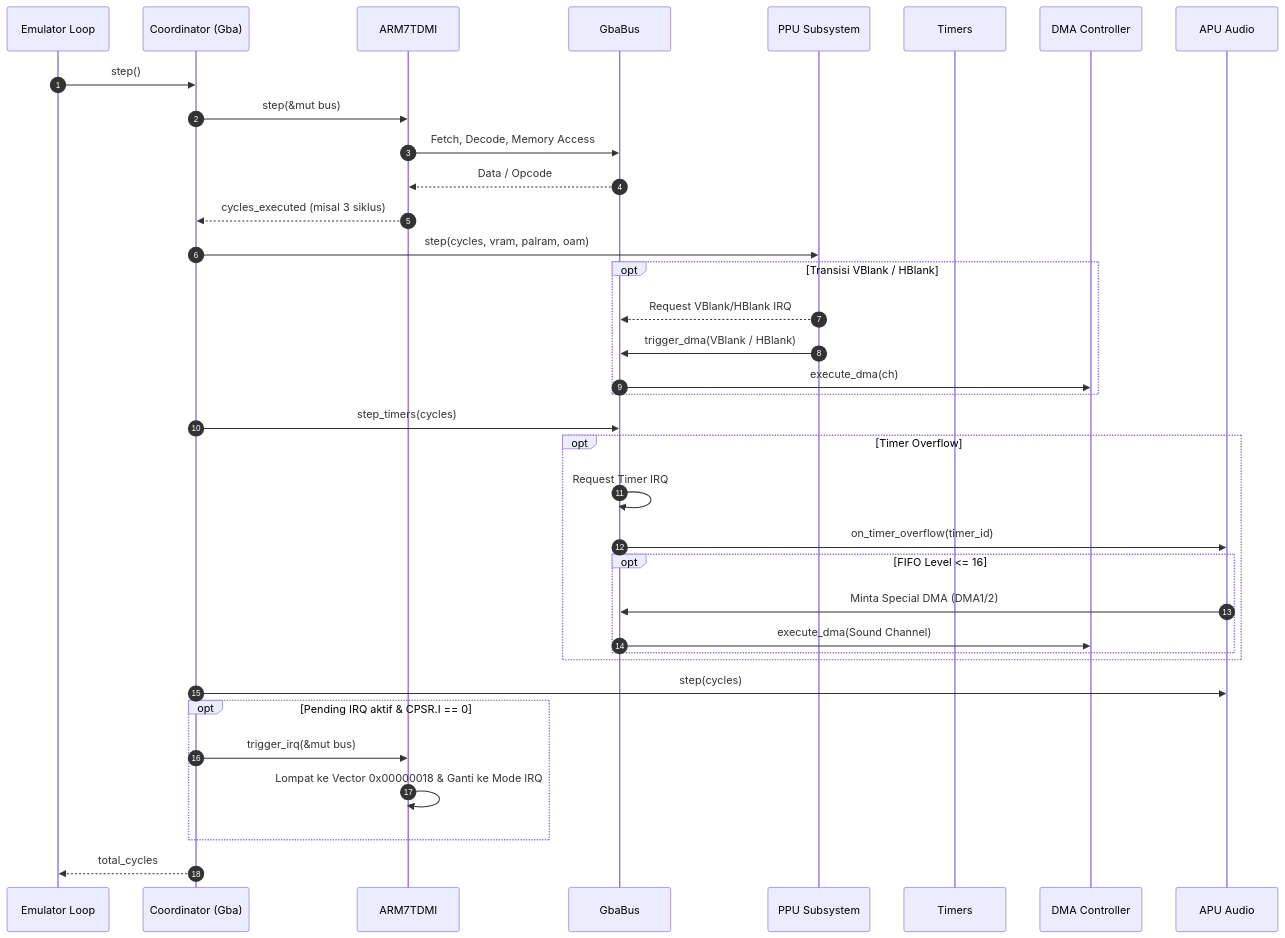
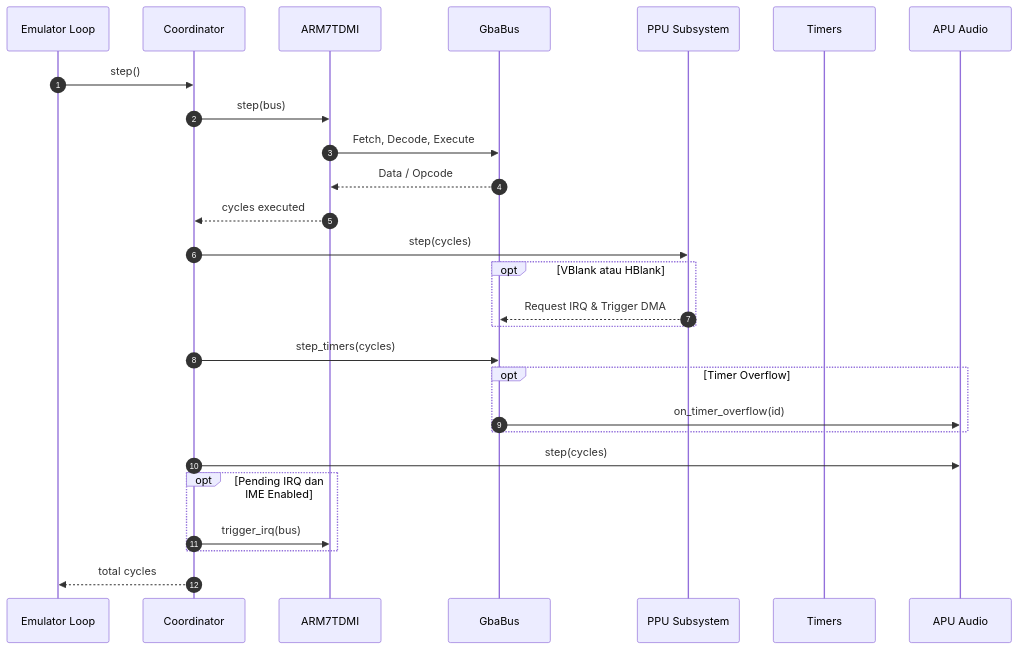
Before and after one commit to Haikal55/OxideAdvance: the sixth of 6 diagrams in README.md, drawn with Mermaid. The commit also changed other lines of this file, not shown here.

Commit message:
docs: fix Mermaid syntax and math formatting for GitHub rich display

````diff
--- a/README.md
+++ b/README.md
@@ -417,42 +384,33 @@
 ```mermaid
 sequenceDiagram
     autonumber
     participant App as Emulator Loop
-    participant GBA as Coordinator (Gba)
+    participant GBA as Coordinator
     participant CPU as ARM7TDMI
     participant Bus as GbaBus
     participant PPU as PPU Subsystem
     participant Timers as Timers
-    participant DMA as DMA Controller
     participant APU as APU Audio
 
     App->>GBA: step()
-    GBA->>CPU: step(&mut bus)
-    CPU->>Bus: Fetch, Decode, Memory Access
+    GBA->>CPU: step(bus)
+    CPU->>Bus: Fetch, Decode, Execute
     Bus-->>CPU: Data / Opcode
-    CPU-->>GBA: cycles_executed (misal 3 siklus)
+    CPU-->>GBA: cycles executed
 
-    GBA->>PPU: step(cycles, vram, palram, oam)
-    opt Transisi VBlank / HBlank
-        PPU-->>Bus: Request VBlank/HBlank IRQ
-        PPU->>Bus: trigger_dma(VBlank / HBlank)
-        Bus->>DMA: execute_dma(ch)
+    GBA->>PPU: step(cycles)
+    opt VBlank atau HBlank
+        PPU-->>Bus: Request IRQ & Trigger DMA
     end
 
     GBA->>Bus: step_timers(cycles)
     opt Timer Overflow
-        Bus->>Bus: Request Timer IRQ
-        Bus->>APU: on_timer_overflow(timer_id)
-        opt FIFO Level <= 16
-            APU->>Bus: Minta Special DMA (DMA1/2)
-            Bus->>DMA: execute_dma(Sound Channel)
-        end
+        Bus->>APU: on_timer_overflow(id)
     end
 
     GBA->>APU: step(cycles)
-    opt Pending IRQ aktif & CPSR.I == 0
-        GBA->>CPU: trigger_irq(&mut bus)
-        CPU->>CPU: Lompat ke Vector 0x00000018 & Ganti ke Mode IRQ
+    opt Pending IRQ dan IME Enabled
+        GBA->>CPU: trigger_irq(bus)
     end
-    GBA-->>App: total_cycles
+    GBA-->>App: total cycles
 ```
````
